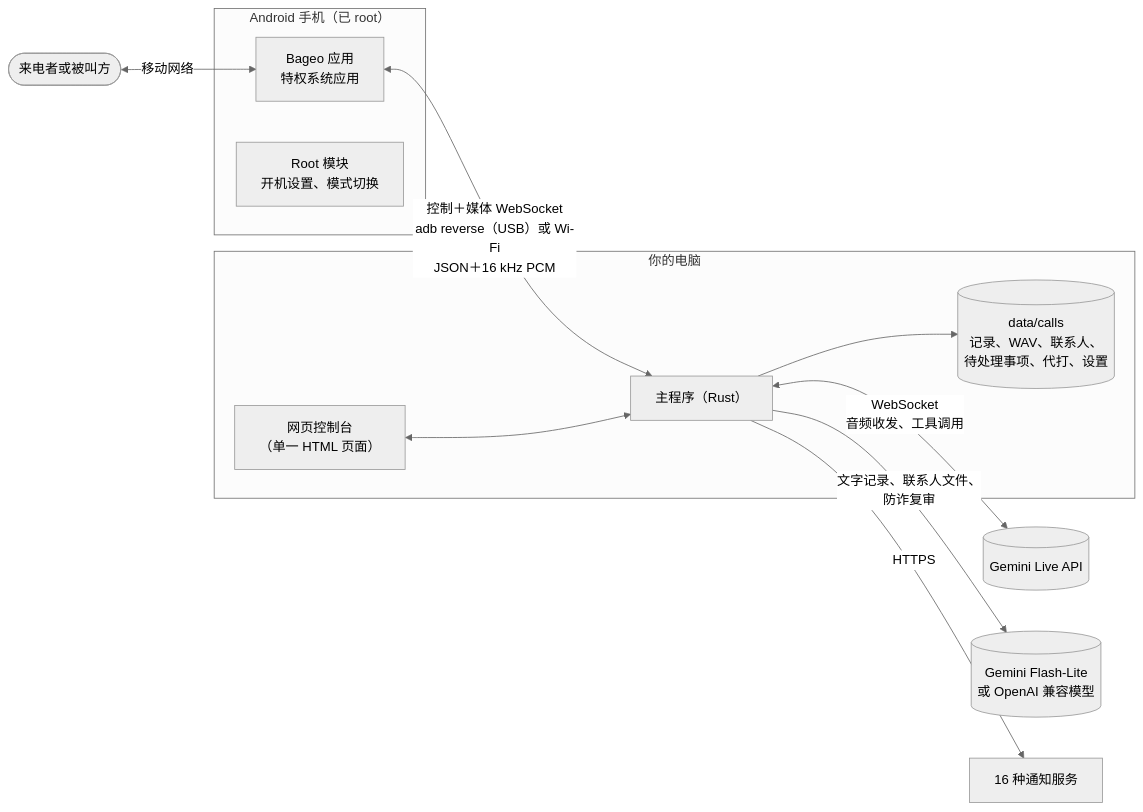
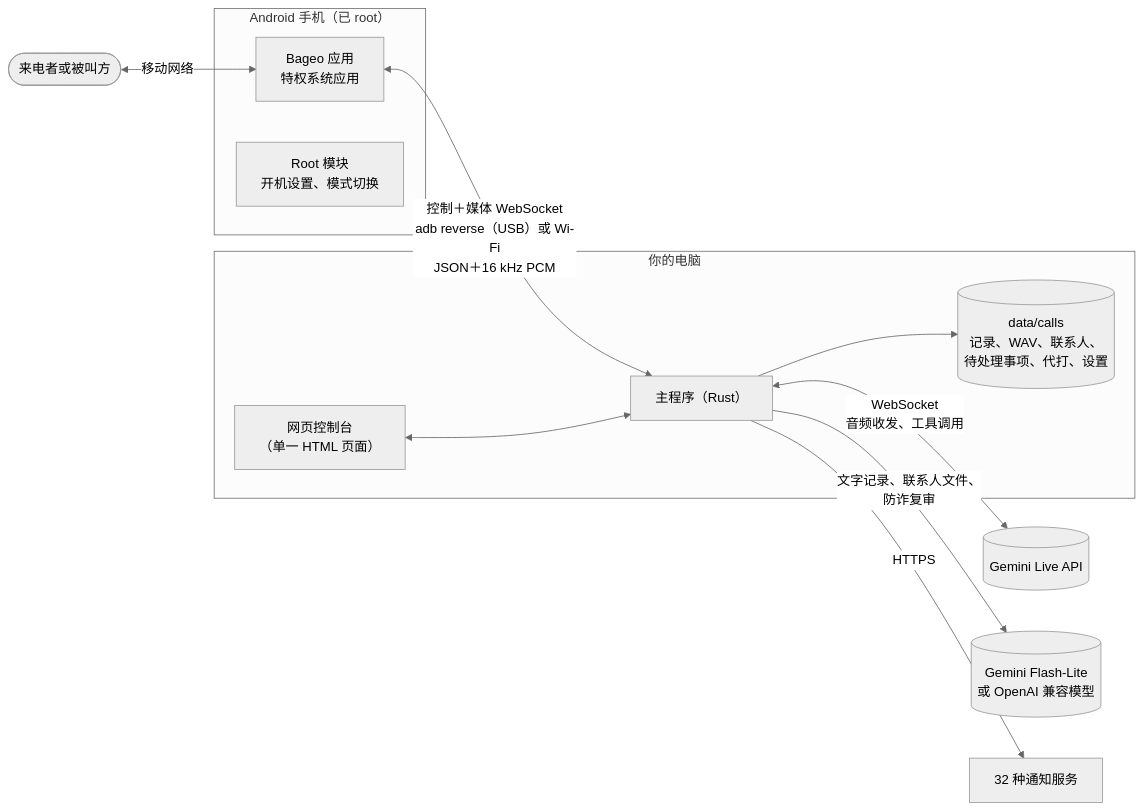
Before and after one commit to h4lo-void/bageo-call: the first of 2 diagrams in docs/zh-CN/ARCHITECTURE.md, drawn with Mermaid (neutral theme). The commit also changed other lines of this file and 17 other files, not shown here.

````diff
--- a/docs/zh-CN/ARCHITECTURE.md
+++ b/docs/zh-CN/ARCHITECTURE.md
@@ -13,19 +13,19 @@
 ```mermaid
 flowchart LR
     subgraph phone["Android 手机（已 root）"]
         app["Bageo 应用<br/>特权系统应用"]
         module["Root 模块<br/>开机设置、模式切换"]
     end
     subgraph pc["你的电脑"]
         agent["主程序（Rust）"]
         data[("data/calls<br/>记录、WAV、联系人、<br/>待处理事项、代打、设置")]
         ui["网页控制台<br/>（单一 HTML 页面）"]
     end
     other(["来电者或被叫方"]) <-- "移动网络" --> app
     app <-- "控制＋媒体 WebSocket<br/>adb reverse（USB）或 Wi-Fi<br/>JSON＋16 kHz PCM" --> agent
     agent <-- "WebSocket<br/>音频收发、工具调用" --> gemini[("Gemini Live API")]
     agent -- "文字记录、联系人文件、<br/>防诈复审" --> llm[("Gemini Flash-Lite<br/>或 OpenAI 兼容模型")]
     agent --> data
     ui <--> agent
-    agent -- "HTTPS" --> notify["16 种通知服务"]
+    agent -- "HTTPS" --> notify["32 种通知服务"]
 ```
````
